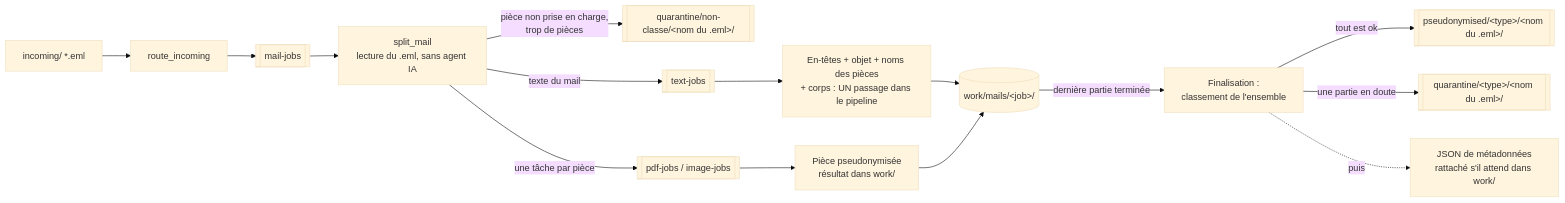
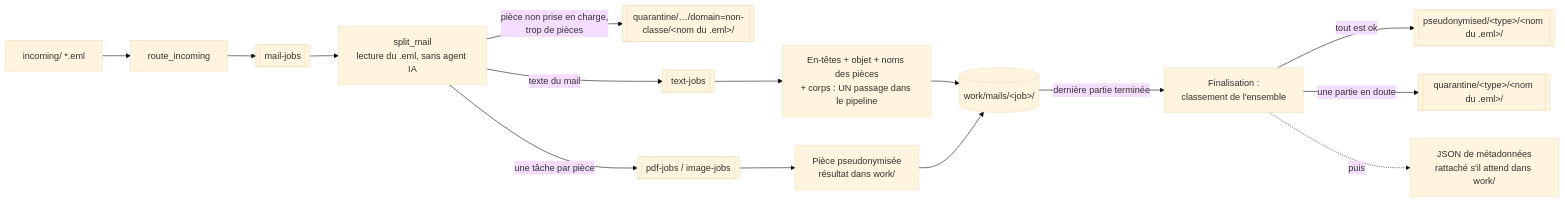
One commit to derchoff/pseudocai changed the fifth of 7 diagrams in docs/architecture.md. Above: the diagram before and after it, drawn with Mermaid (base theme). The commit also changed other lines of this file and 28 other files, not shown here.

````diff
--- a/docs/architecture.md
+++ b/docs/architecture.md
@@ -305,17 +308,17 @@
 ```mermaid
 flowchart LR
     IN[incoming/ *.eml] --> R[route_incoming]
     R --> QM[[mail-jobs]]
     QM --> S[split_mail<br/>lecture du .eml, sans agent IA]
-    S -- "pièce non prise en charge,<br/>trop de pièces" --> QQ[[quarantine/non-classe/&lt;nom du .eml&gt;/]]
+    S -- "pièce non prise en charge,<br/>trop de pièces" --> QQ[[quarantine/…/domain=non-classe/&lt;nom du .eml&gt;/]]
     S -- "texte du mail" --> QT[[text-jobs]]
     QT --> T[En-têtes + objet + noms des pièces<br/>+ corps : UN passage dans le pipeline]
     S -- "une tâche par pièce" --> QP[[pdf-jobs / image-jobs]]
     QP --> PJ[Pièce pseudonymisée<br/>résultat dans work/]
     T --> W[(work/mails/&lt;job&gt;/)]
     PJ --> W
     W -- "dernière partie terminée" --> F[Finalisation :<br/>classement de l'ensemble]
     F -- "tout est ok" --> OUT[[pseudonymised/&lt;type&gt;/&lt;nom du .eml&gt;/]]
     F -- "une partie en doute" --> Q2[[quarantine/&lt;type&gt;/&lt;nom du .eml&gt;/]]
     F -. "puis" .-> J[JSON de métadonnées<br/>rattaché s'il attend dans work/]
 ```
````
